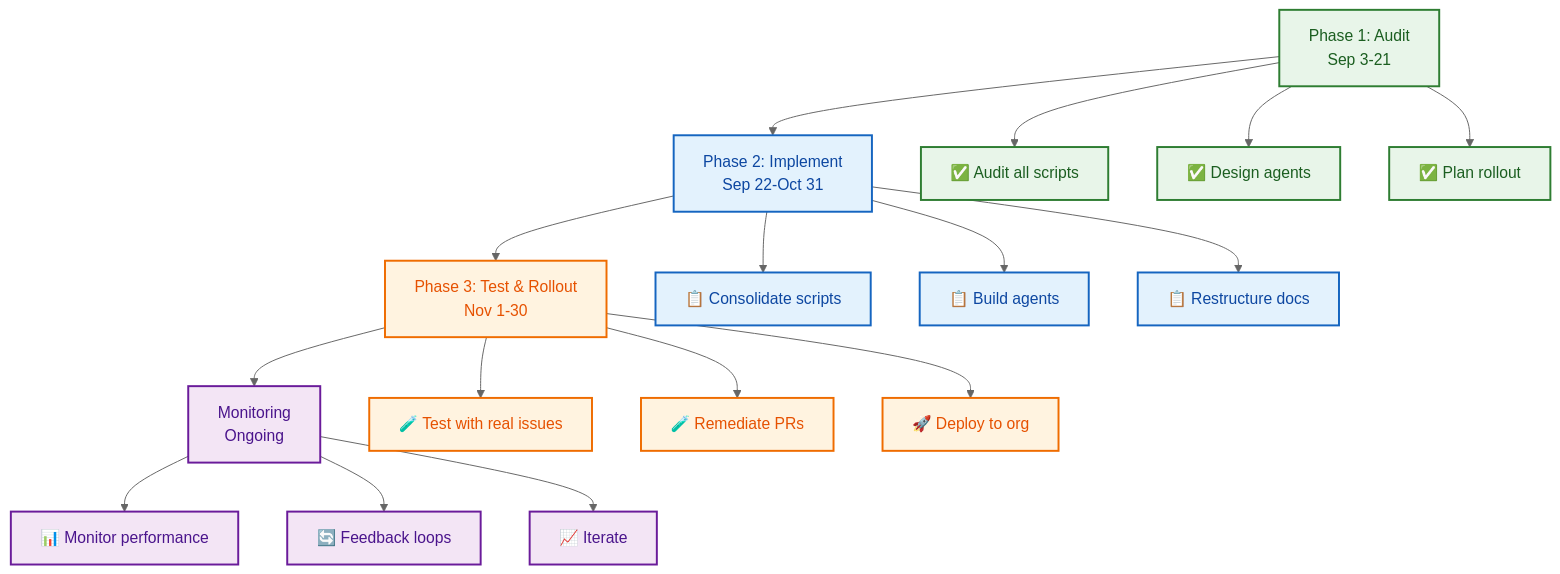
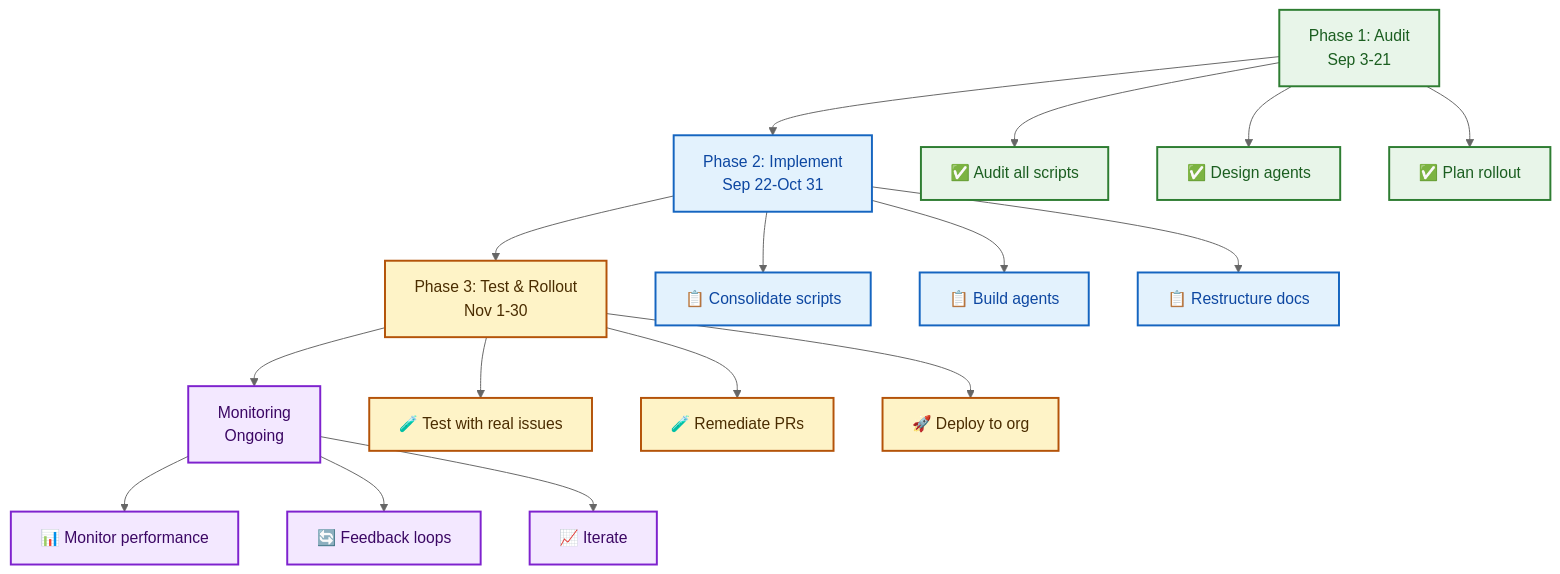
The diagram in .github/projects/active/automation-consolidation-agentic-workflows-2026-09/README.md (lightspeedwp/.github), drawn with Mermaid (neutral theme) before and after one commit. The commit also changed 181 other files, not shown here.

Commit message:
docs: maintenance updates (Mermaid + staleness)

````diff
--- a/.github/projects/active/automation-consolidation-agentic-workflows-2026-09/README.md
+++ b/.github/projects/active/automation-consolidation-agentic-workflows-2026-09/README.md
@@ -519,35 +519,35 @@
 ```mermaid
 flowchart TD
   accTitle: Project phases and flow
   accDescr: Three phases from audit through rollout: Phase 1 Audit Sep 3-21, Phase 2 Implementation Sep 22-Oct 31, Phase 3 Testing and Rollout Nov 1-30, followed by ongoing monitoring
 
   A[Phase 1: Audit<br/>Sep 3-21] --> B[Phase 2: Implement<br/>Sep 22-Oct 31]
   B --> C[Phase 3: Test & Rollout<br/>Nov 1-30]
   C --> D[Monitoring<br/>Ongoing]
 
   A --> A1["✅ Audit all scripts"]
   A --> A2["✅ Design agents"]
   A --> A3["✅ Plan rollout"]
 
   B --> B1["📋 Consolidate scripts"]
   B --> B2["📋 Build agents"]
   B --> B3["📋 Restructure docs"]
 
   C --> C1["🧪 Test with real issues"]
   C --> C2["🧪 Remediate PRs"]
   C --> C3["🚀 Deploy to org"]
 
   D --> D1["📊 Monitor performance"]
   D --> D2["🔄 Feedback loops"]
   D --> D3["📈 Iterate"]
 
   classDef active fill:#E8F5E9,stroke:#2E7D32,stroke-width:2px,color:#1B5E20;
   classDef planned fill:#E3F2FD,stroke:#1565C0,stroke-width:2px,color:#0D47A1;
-  classDef testing fill:#FFF3E0,stroke:#EF6C00,stroke-width:2px,color:#E65100;
-  classDef monitoring fill:#F3E5F5,stroke:#6A1B9A,stroke-width:2px,color:#4A148C;
+  classDef testing fill:#fef3c7,stroke:#b45309,stroke-width:2px,color:#4a2c00;
+  classDef monitoring fill:#f3e8ff,stroke:#7e22ce,stroke-width:2px,color:#3b0764;
 
   class A,A1,A2,A3 active;
   class B,B1,B2,B3 planned;
   class C,C1,C2,C3 testing;
   class D,D1,D2,D3 monitoring;
 ```
````
